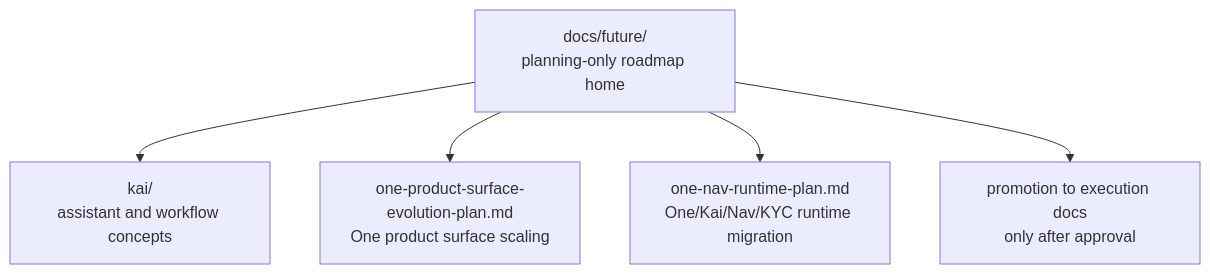
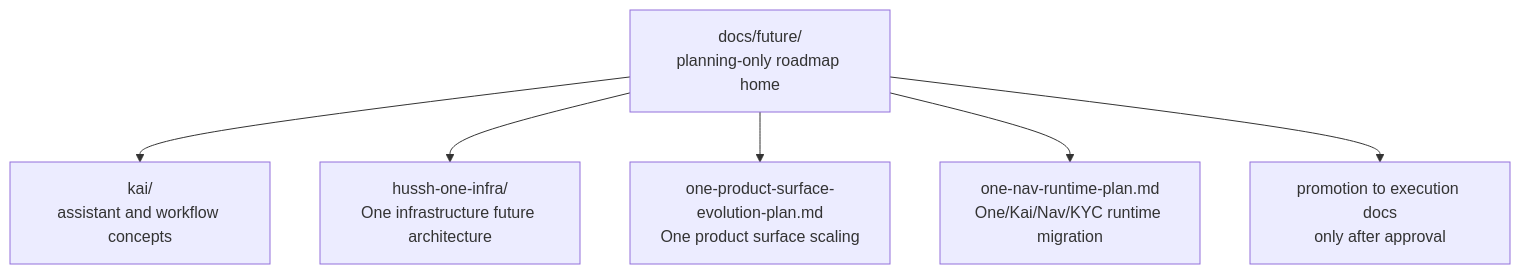
One commit to hushh-labs/hushh-research changed the diagram in docs/future/README.md. Above: the diagram before and after it, drawn with Mermaid. The commit also changed other lines of this file and 159 other files, not shown here.

````diff
--- a/docs/future/README.md
+++ b/docs/future/README.md
@@ -7,13 +7,15 @@
 ```mermaid
 flowchart TD
   root["docs/future/<br/>planning-only roadmap home"]
   kai["kai/<br/>assistant and workflow concepts"]
+  oneInfra["hussh-one-infra/<br/>One infrastructure future architecture"]
   oneSurface["one-product-surface-evolution-plan.md<br/>One product surface scaling"]
   oneNav["one-nav-runtime-plan.md<br/>One/Kai/Nav/KYC runtime migration"]
   execution["promotion to execution docs<br/>only after approval"]
 
   root --> kai
+  root --> oneInfra
   root --> oneSurface
   root --> oneNav
   root --> execution
 ```
````
